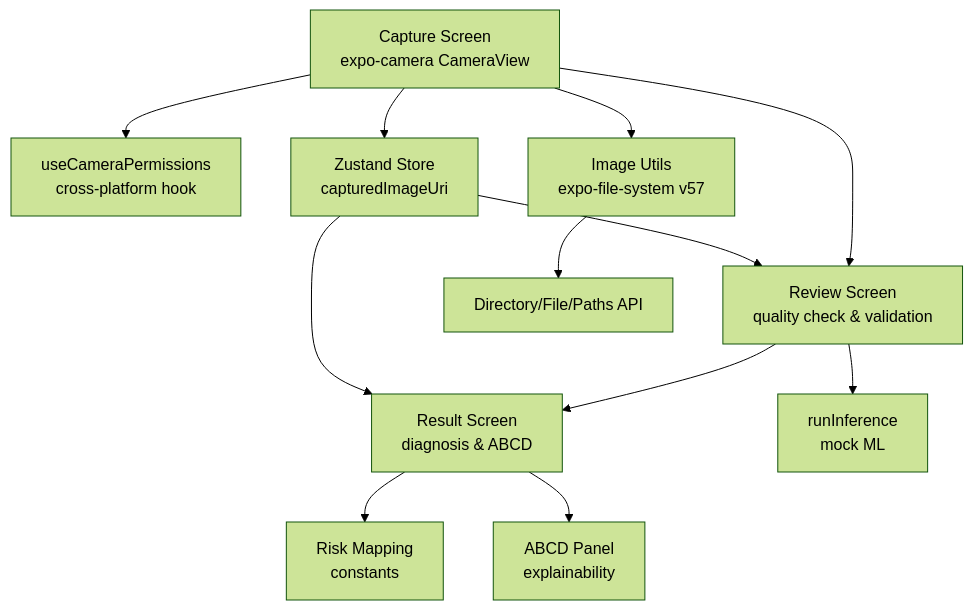
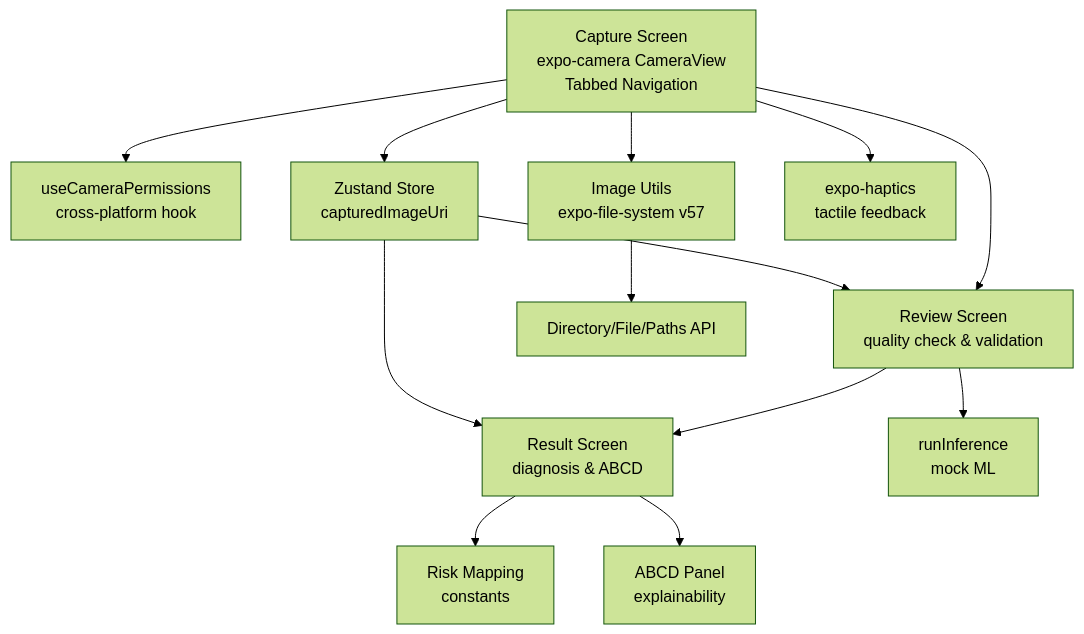
Before and after one commit to AdeelTahir-SE/DermSight: the first of 9 diagrams in .qoder/repowiki/en/content/Camera Integration.md, drawn with Mermaid (forest theme). The commit also changed other lines of this file and 23 other files, not shown here.

First line of the commit message:
feat(camera): enhance capture screen with tabbed navigation and haptic feedback

````diff
--- a/.qoder/repowiki/en/content/Camera Integration.md
+++ b/.qoder/repowiki/en/content/Camera Integration.md
@@ -53,14 +53,15 @@
 ```mermaid
 graph TB
-Capture["Capture Screen<br/>expo-camera CameraView"] --> Review["Review Screen<br/>quality check & validation"]
+Capture["Capture Screen<br/>expo-camera CameraView<br/>Tabbed Navigation"] --> Review["Review Screen<br/>quality check & validation"]
 Review --> Result["Result Screen<br/>diagnosis & ABCD"]
 Capture --> Permissions["useCameraPermissions<br/>cross-platform hook"]
 Review --> Inference["runInference<br/>mock ML"]
 Capture --> Images["Image Utils<br/>expo-file-system v57"]
 Result --> Risk["Risk Mapping<br/>constants"]
 Result --> ABCD["ABCD Panel<br/>explainability"]
 Images --> FileSystem["Directory/File/Paths API"]
 Capture --> Store["Zustand Store<br/>capturedImageUri"]
 Store --> Review
 Store --> Result
+Capture --> Haptics["expo-haptics<br/>tactile feedback"]
 ```
````
